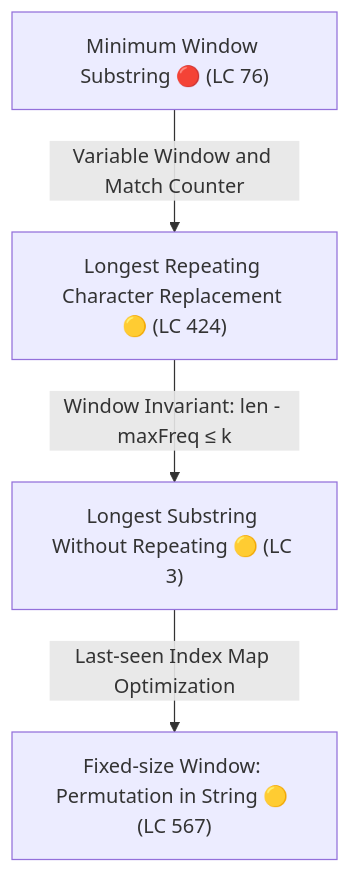
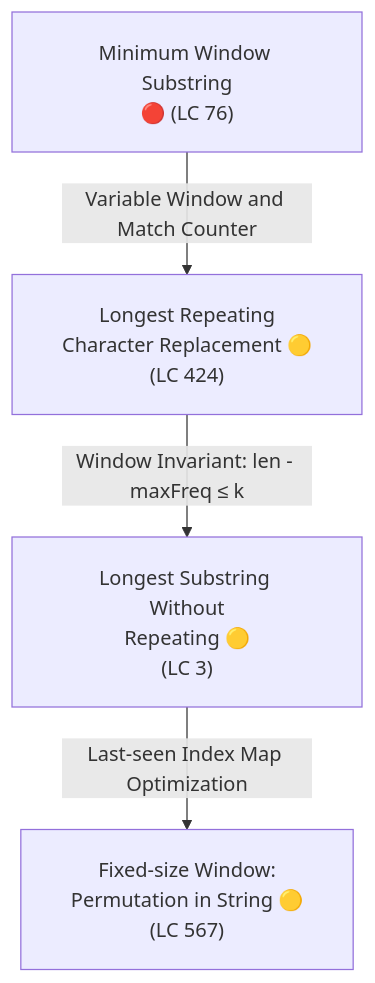
Before and after one commit to dip4k/DSA_102: diagram 15 of 19 in Senior_dsa_question_list.md, drawn with Mermaid. The commit also changed other lines of this file and 108 other files, not shown here.

First line of the commit message:
fix(mermaid): resolve diagram clipping, padding, and syntax issues across repo

````diff
--- a/Senior_dsa_question_list.md
+++ b/Senior_dsa_question_list.md
@@ -1035,6 +1049,7 @@
 ```mermaid
+%%{init: {"flowchart": {"htmlLabels": true, "padding": 20}}}%%
 flowchart TD
-    A["Minimum Window Substring 🔴 (LC 76)"] -->|Variable Window and Match Counter| B["Longest Repeating Character Replacement 🟡 (LC 424)"]
-    B -->|Window Invariant: len - maxFreq &le; k| C["Longest Substring Without Repeating 🟡 (LC 3)"]
-    C -->|Last-seen Index Map Optimization| D["Fixed-size Window: Permutation in String 🟡 (LC 567)"]
+    A["Minimum Window Substring<br/>🔴 (LC 76)"] -->|Variable Window and Match Counter| B["Longest Repeating<br/>Character Replacement 🟡<br/>(LC 424)"]
+    B -->|Window Invariant: len - maxFreq &le; k| C["Longest Substring Without<br/>Repeating 🟡<br/>(LC 3)"]
+    C -->|Last-seen Index Map Optimization| D["Fixed-size Window:<br/>Permutation in String 🟡<br/>(LC 567)"]
 ```
````
